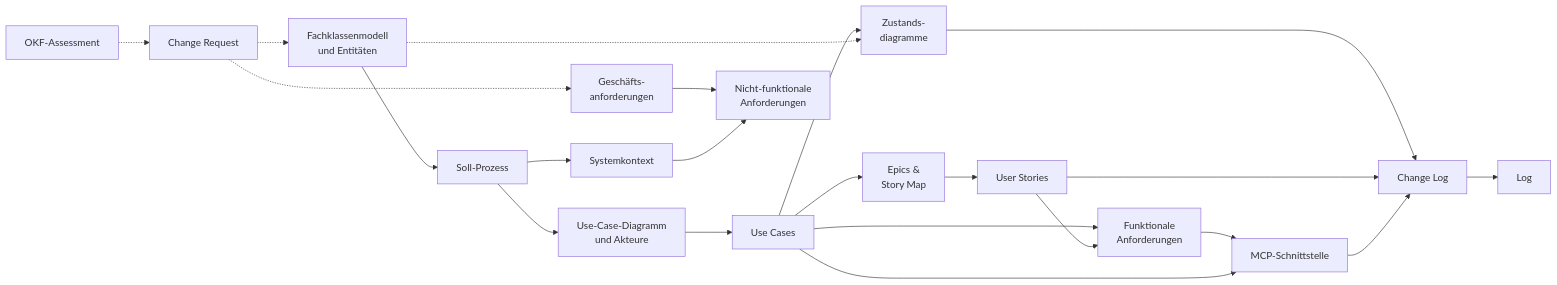
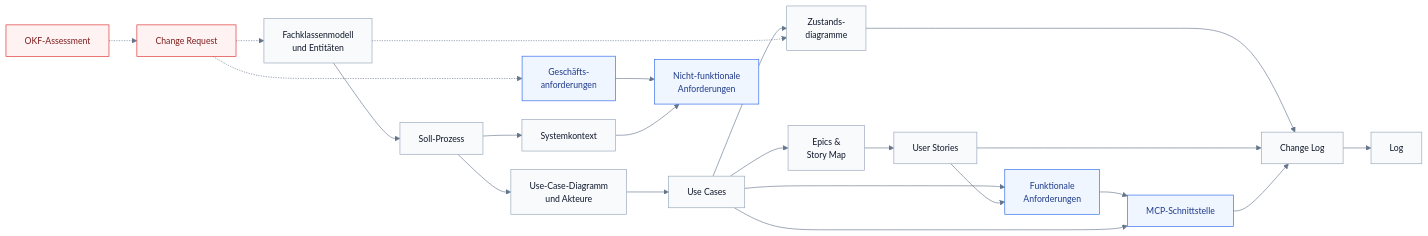
Before and after one commit to chocobear26/credex-cas: the diagram in content/_index.md, drawn with Mermaid. The commit also changed other lines of this file and 43 other files, not shown here.

First line of the commit message:
v1.1 Lesbarere Diagramme: PlantUML-Stil, Soll-Prozess als BPMN, Systemkontext in D2

````diff
--- a/content/_index.md
+++ b/content/_index.md
@@ -60,24 +62,29 @@
 ```mermaid
+%%{init: {"theme": "base", "themeVariables": {"fontFamily": "Helvetica, Arial, sans-serif", "fontSize": "14px", "primaryColor": "#F8FAFC", "primaryBorderColor": "#94A3B8", "primaryTextColor": "#0F172A", "lineColor": "#64748B"}, "flowchart": {"curve": "basis", "nodeSpacing": 30, "rankSpacing": 45}}}%%
 flowchart LR
     oa["OKF-Assessment"] -.-> cr
     cr["Change Request"] -.-> dm
     cr -.-> ga["Geschäfts-<br/>anforderungen"]
     dm["Fachklassenmodell<br/>und Entitäten"] --> bp["Soll-Prozess"]
     bp --> sk["Systemkontext"]
     bp --> ucd["Use-Case-Diagramm<br/>und Akteure"]
     ucd --> uc["Use Cases"]
     uc --> sc["Zustands-<br/>diagramme"]
     uc --> ep["Epics &<br/>Story Map"]
     ep --> us["User Stories"]
     dm -.-> sc
     uc --> fa["Funktionale<br/>Anforderungen"]
     us --> fa
     ga --> nfa["Nicht-funktionale<br/>Anforderungen"]
     sk --> nfa
     fa --> mcp["MCP-Schnittstelle"]
     uc --> mcp
     sc --> cl["Change Log"]
     us --> cl
     mcp --> cl
     cl --> log["Log"]
+    classDef src fill:#FEF2F2,stroke:#DC2626,color:#7F1D1D
+    classDef req fill:#EFF6FF,stroke:#2563EB,color:#1E3A8A
+    class oa,cr src
+    class ga,fa,nfa,mcp req
 ```
````
